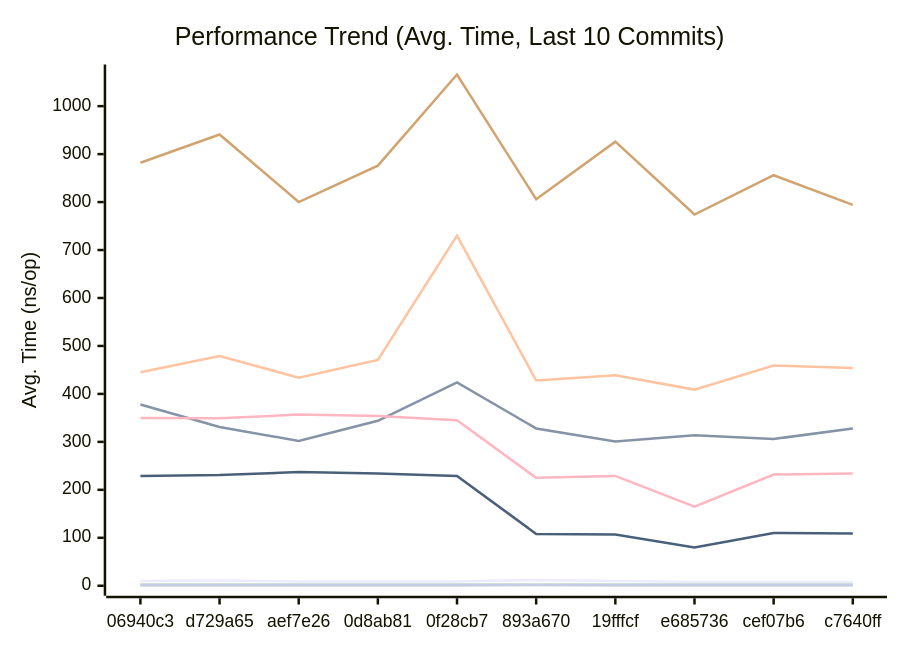
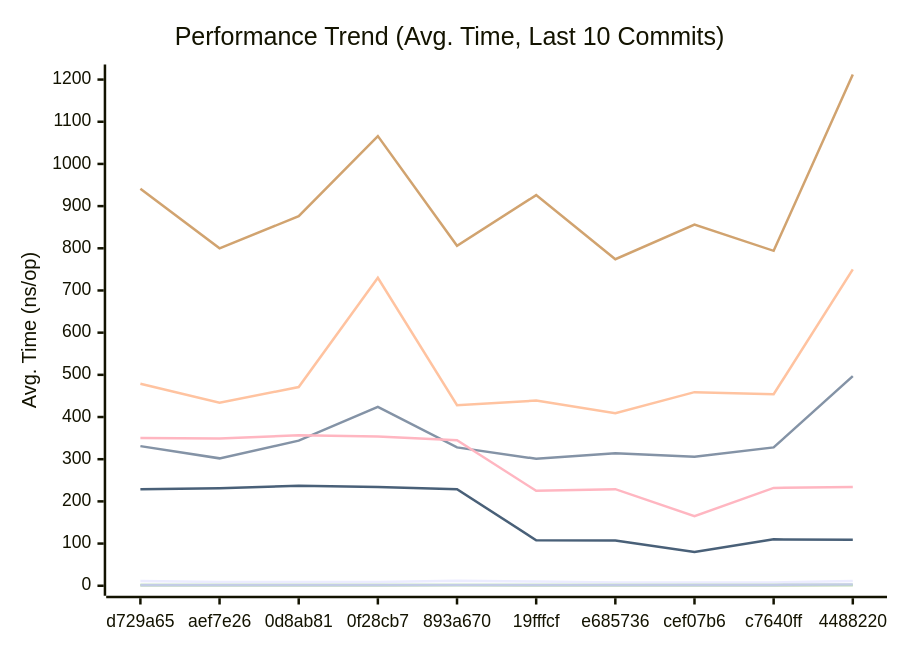
Before and after one commit to alsotoes/momo: the first of 3 diagrams in docs/PERFORMANCE.md, drawn with Mermaid. The commit also changed other lines of this file and 5 other files, not shown here.

````diff
--- a/docs/PERFORMANCE.md
+++ b/docs/PERFORMANCE.md
@@ -80,16 +80,16 @@
 ```mermaid
 xychart-beta
     title "Performance Trend (Avg. Time, Last 10 Commits)"
     x-axis "Commit"
     y-axis "Avg. Time (ns/op)"
-    x-axis [06940c3,d729a65,aef7e26,0d8ab81,0f28cb7,893a670,19fffcf,e685736,cef07b6,c7640ff]
-    line "CheckMetricsAndSwap" [10,11,9,9,9,12,10,8,8,8]
-    line "CrushOptimized" [378,331,302,344,424,328,301,314,306,328]
-    line "CrushOriginal" [445,479,434,471,730,428,439,409,459,454]
-    line "IndexDirectTracking" [0,0,0,0,0,1,0,0,0,0]
+    x-axis [d729a65,aef7e26,0d8ab81,0f28cb7,893a670,19fffcf,e685736,cef07b6,c7640ff,4488220]
+    line "CheckMetricsAndSwap" [11,9,9,9,12,10,8,8,8,11]
+    line "CrushOptimized" [331,302,344,424,328,301,314,306,328,497]
+    line "CrushOriginal" [479,434,471,730,428,439,409,459,454,750]
+    line "IndexDirectTracking" [0,0,0,0,1,0,0,0,0,1]
     line "IndexSearch" [2,2,2,2,2,2,2,2,2,2]
-    line "LoadGlobalConfig" [882,941,800,876,1066,806,926,774,856,794]
-    line "PadString" [2,2,2,2,2,2,2,2,2,2]
+    line "LoadGlobalConfig" [941,800,876,1066,806,926,774,856,794,1212]
+    line "PadString" [2,2,2,2,2,2,2,2,2,3]
     line "ParseReplicationOrder_NoPrealloc" [350,349,357,354,345,225,229,165,232,234]
     line "ParseReplicationOrder_Prealloc" [229,231,237,234,229,108,107,80,110,109]
 ```
````
